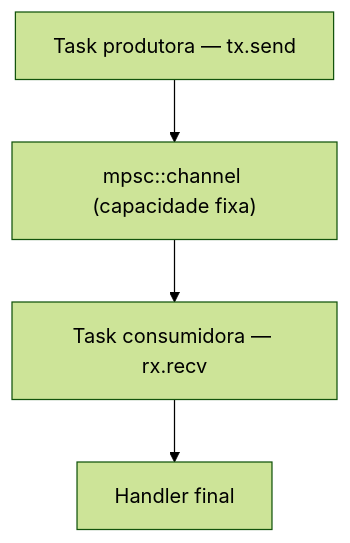
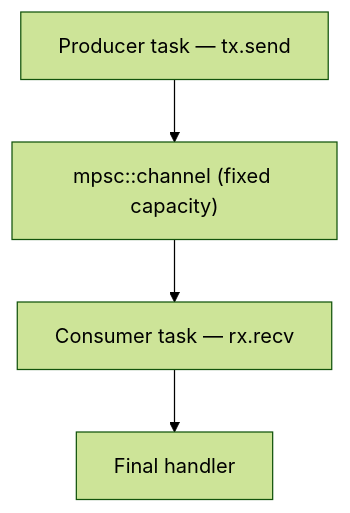
One commit to jhonatanTeixeira/mimas-saturn-emulator changed diagram 14 of 16 in docs/first_architectural_draft.md. Above: the diagram before and after it, drawn with Mermaid (forest theme). The commit also changed other lines of this file and 2 other files, not shown here.

First line of the commit message:
Translate architecture planning docs to English

````diff
--- a/docs/first_architectural_draft.md
+++ b/docs/first_architectural_draft.md
@@ -209,6 +209,6 @@
 ```mermaid
 graph TD
-    P["Task produtora — tx.send"] --> C["mpsc::channel (capacidade fixa)"]
-    C --> Co["Task consumidora — rx.recv"]
-    Co --> H["Handler final"]
+    P["Producer task — tx.send"] --> C["mpsc::channel (fixed capacity)"]
+    C --> Co["Consumer task — rx.recv"]
+    Co --> H["Final handler"]
 ```
````
